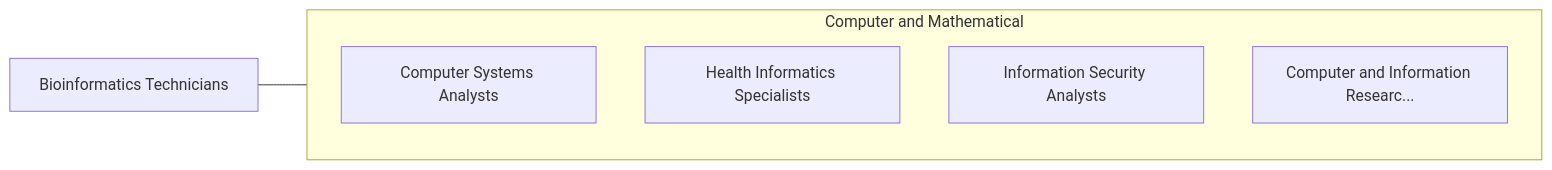
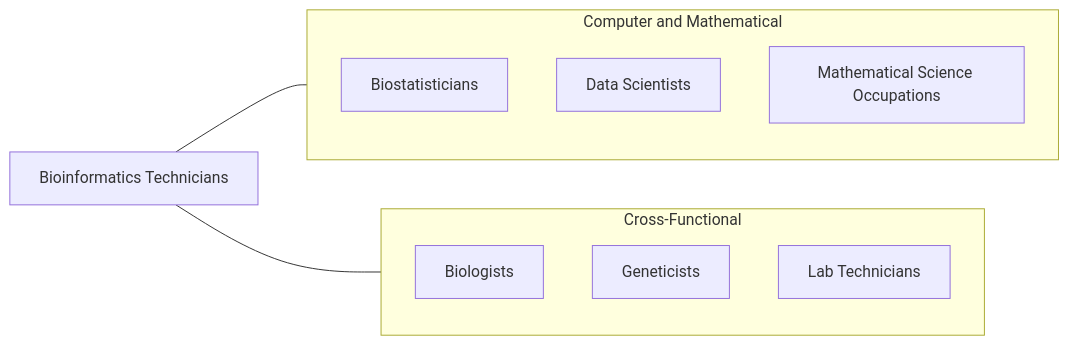
Before and after one commit to kziemski/business.org.ai: the third of 4 diagrams in occupations/Technology/BioinformaticsTechnicians.mdx, drawn with Mermaid. The commit also changed other lines of this file and 938 other files, not shown here.

````diff
--- a/occupations/Technology/BioinformaticsTechnicians.mdx
+++ b/occupations/Technology/BioinformaticsTechnicians.mdx
@@ -111,13 +181,19 @@
 ```mermaid
 graph LR
     Current["Bioinformatics Technicians"]
 
     subgraph SameCategory["Computer and Mathematical"]
-        ComputerSystemsAnaly["Computer Systems Analysts"]
-        HealthInformaticsSpe["Health Informatics Specialists"]
-        InformationSecurityA["Information Security Analysts"]
-        ComputerAndInformati["Computer and Information Researc..."]
+        Biostat["Biostatisticians"]
+        DS["Data Scientists"]
+        MSO["Mathematical Science Occupations"]
+    end
+
+    subgraph CrossFunctional["Cross-Functional"]
+        Bio["Biologists"]
+        Genetics["Geneticists"]
+        Lab["Lab Technicians"]
     end
 
     Current --- SameCategory
+    Current --- CrossFunctional
 ```
````
